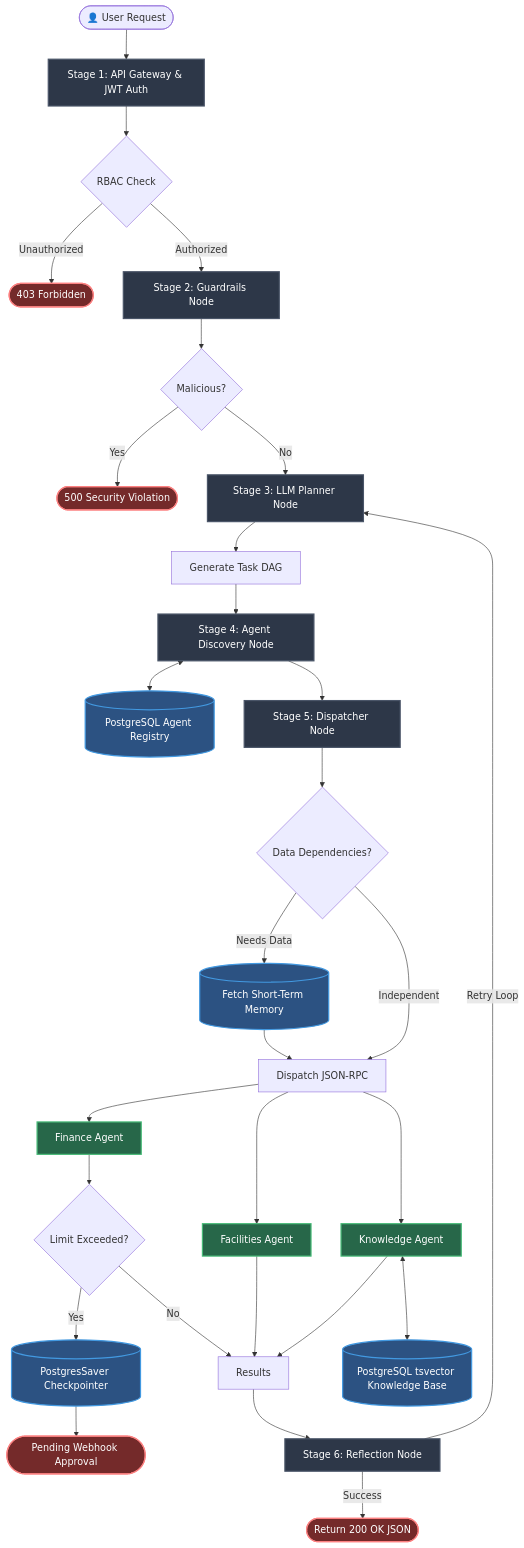
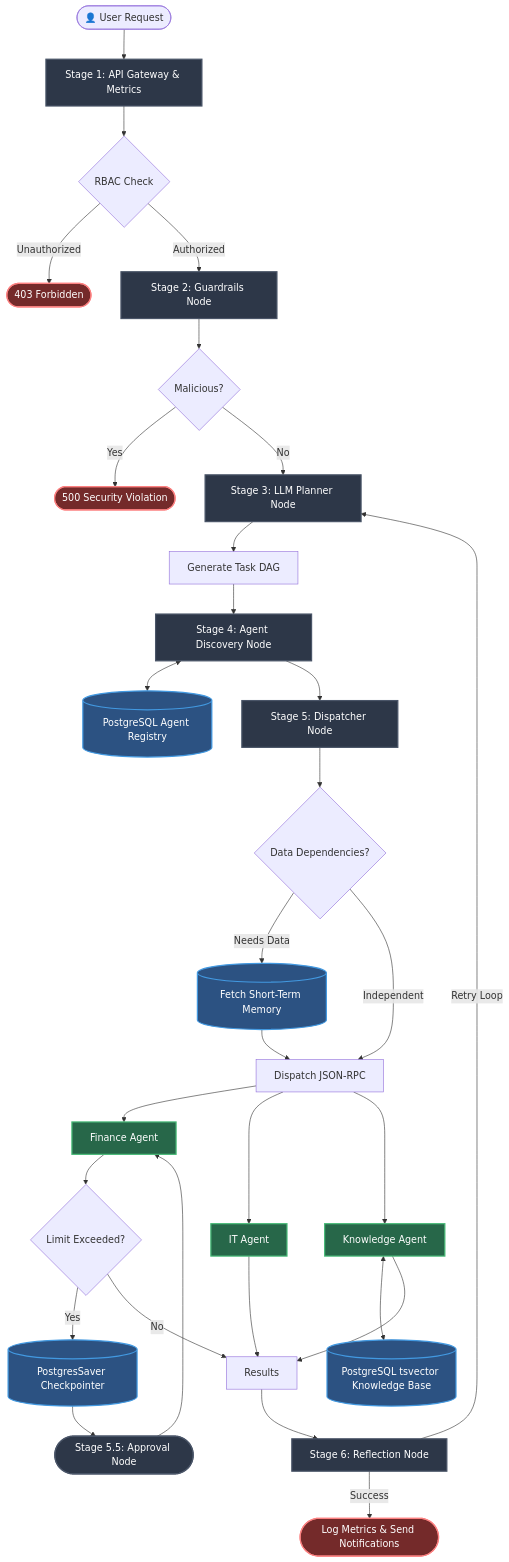
Before and after one commit to yaseenzj/EnterpriseA2A: the diagram in README.md, drawn with Mermaid. The commit also changed other lines of this file, not shown here.

Commit message:
docs: update architecture diagram and summary

````diff
--- a/README.md
+++ b/README.md
@@ -5,46 +5,47 @@
 ```mermaid
 graph TD
     %% Styling
     classDef stage fill:#2d3748,stroke:#4a5568,stroke-width:2px,color:#fff
     classDef db fill:#2c5282,stroke:#4299e1,stroke-width:2px,color:#fff
     classDef agent fill:#276749,stroke:#48bb78,stroke-width:2px,color:#fff
     classDef endpoint fill:#742a2a,stroke:#fc8181,stroke-width:2px,color:#fff
     
-    User([👤 User Request]) --> Gateway[Stage 1: API Gateway & JWT Auth]:::stage
+    User([👤 User Request]) --> Gateway[Stage 1: API Gateway & Metrics]:::stage
     
     Gateway --> RBAC{RBAC Check}
     RBAC -- Unauthorized --> Reject([403 Forbidden]):::endpoint
     RBAC -- Authorized --> Guardrails[Stage 2: Guardrails Node]:::stage
     
     Guardrails --> Malicious{Malicious?}
     Malicious -- Yes --> Block([500 Security Violation]):::endpoint
     Malicious -- No --> Planner[Stage 3: LLM Planner Node]:::stage
     
     Planner --> DAG[Generate Task DAG]
     DAG --> Discovery[Stage 4: Agent Discovery Node]:::stage
     
     Discovery <--> DB[(PostgreSQL Agent Registry)]:::db
     Discovery --> Dispatcher[Stage 5: Dispatcher Node]:::stage
     
     Dispatcher --> HistoryCheck{Data Dependencies?}
     HistoryCheck -- Needs Data --> FetchHistory[(Fetch Short-Term Memory)]:::db
     FetchHistory --> Execute
     HistoryCheck -- Independent --> Execute[Dispatch JSON-RPC]
     
     Execute --> A1[Finance Agent]:::agent
-    Execute --> A2[Facilities Agent]:::agent
+    Execute --> A2[IT Agent]:::agent
     Execute --> A3[Knowledge Agent]:::agent
     
     A1 --> Approval{Limit Exceeded?}
     Approval -- Yes --> SaveState[(PostgresSaver Checkpointer)]:::db
-    SaveState --> Wait([Pending Webhook Approval]):::endpoint
+    SaveState --> Wait([Stage 5.5: Approval Node]):::stage
+    Wait --> A1
     Approval -- No --> Results
     
     A2 --> Results
     A3 <--> RAG[(PostgreSQL tsvector Knowledge Base)]:::db
     A3 --> Results
     
     Results --> Reflection[Stage 6: Reflection Node]:::stage
-    Reflection -- Success --> Final([Return 200 OK JSON]):::endpoint
+    Reflection -- Success --> Final([Log Metrics & Send Notifications]):::endpoint
     Reflection -- Retry Loop --> Planner
 ```
````
